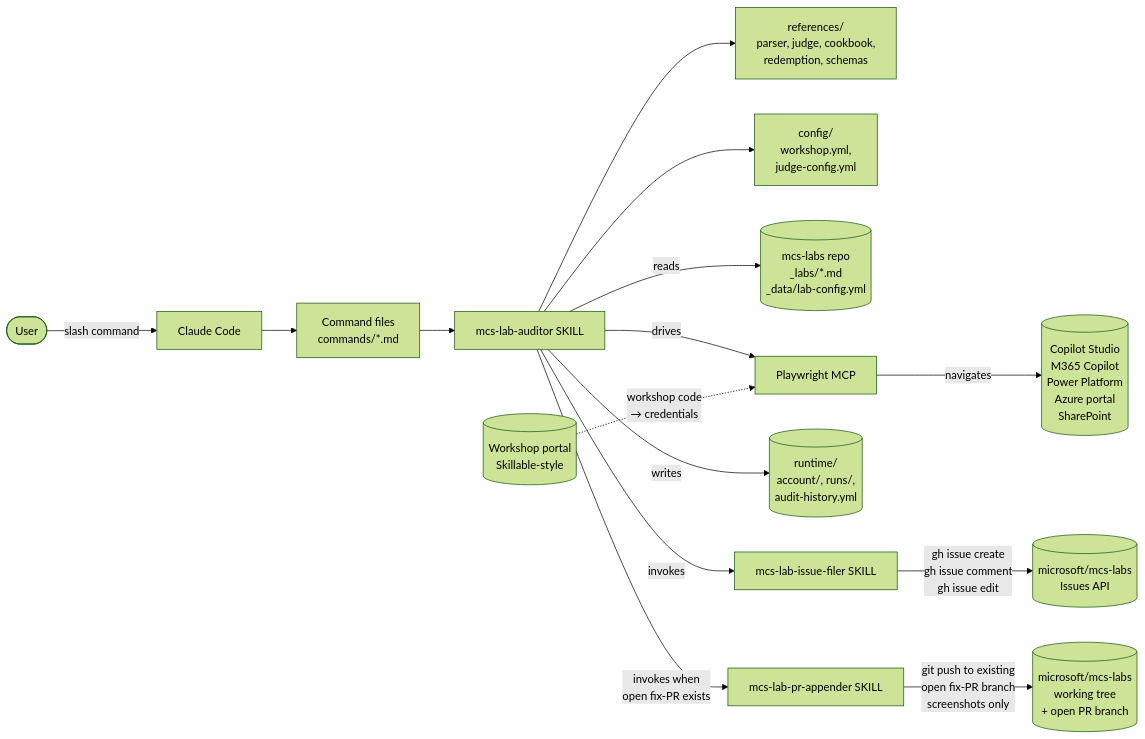
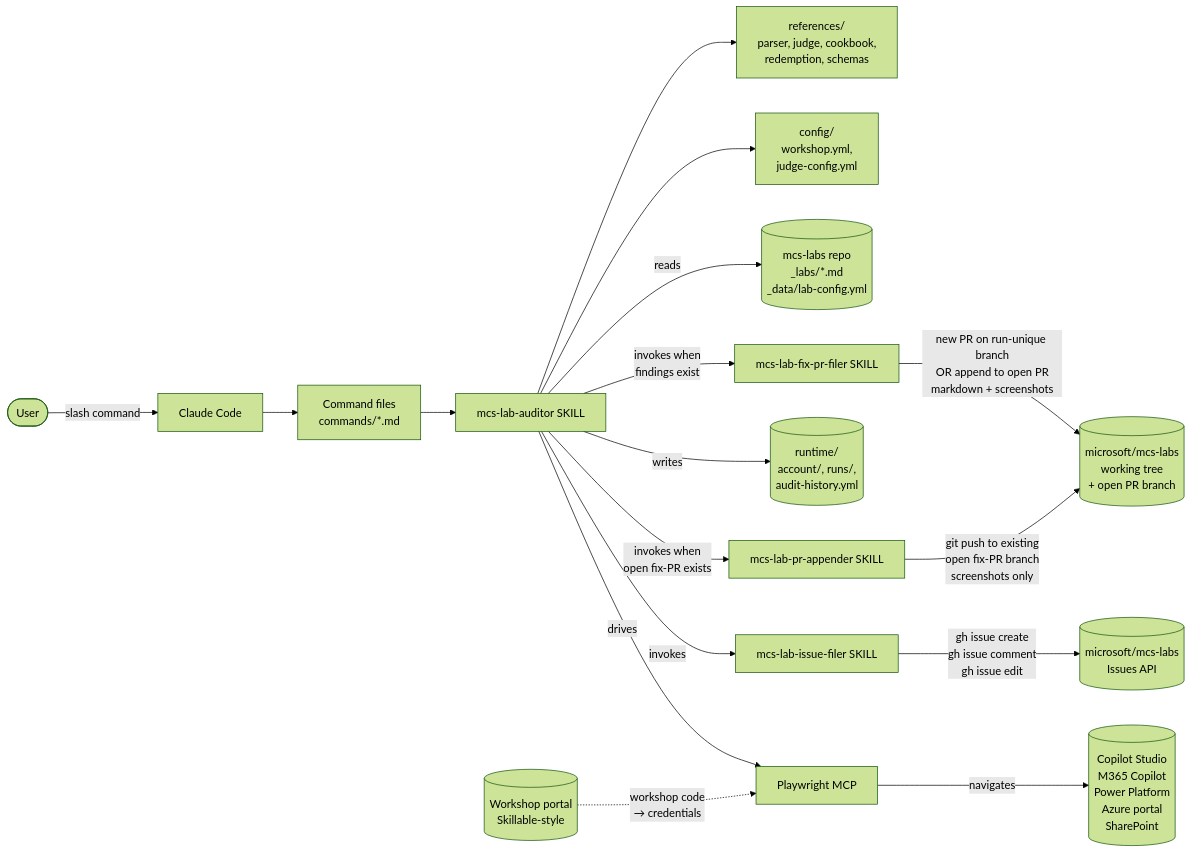
One commit to aprildunnam/AgentAcademyLabTestPlugin changed the first of 5 diagrams in docs/architecture.md. Above: the diagram before and after it, drawn with Mermaid (forest theme). The commit also changed other lines of this file and 10 other files, not shown here.

````diff
--- a/docs/architecture.md
+++ b/docs/architecture.md
@@ -11,17 +11,19 @@
 ```mermaid
 flowchart LR
     User([User]) -->|slash command| CC[Claude Code]
     CC --> Cmd[Command files<br/>commands/*.md]
     Cmd --> Skill[mcs-lab-auditor SKILL]
     Skill --> Refs[references/<br/>parser, judge, cookbook,<br/>redemption, schemas]
     Skill --> Cfg[config/<br/>workshop.yml,<br/>judge-config.yml]
     Skill -->|reads| Labs[(mcs-labs repo<br/>_labs/*.md<br/>_data/lab-config.yml)]
     Skill -->|drives| PW[Playwright MCP]
     PW -->|navigates| Portals[(Copilot Studio<br/>M365 Copilot<br/>Power Platform<br/>Azure portal<br/>SharePoint)]
     Skill -->|writes| Runtime[(runtime/<br/>account/, runs/,<br/>audit-history.yml)]
     Skill -->|invokes| IssueSkill[mcs-lab-issue-filer SKILL]
+    Skill -->|invokes when<br/>findings exist| PRFilerSkill[mcs-lab-fix-pr-filer SKILL]
     Skill -->|invokes when<br/>open fix-PR exists| PRSkill[mcs-lab-pr-appender SKILL]
     IssueSkill -->|gh issue create<br/>gh issue comment<br/>gh issue edit| GH[(microsoft/mcs-labs<br/>Issues API)]
-    PRSkill -->|git push to existing<br/>open fix-PR branch<br/>screenshots only| MCSRepo[(microsoft/mcs-labs<br/>working tree<br/>+ open PR branch)]
+    PRFilerSkill -->|new PR on run-unique branch<br/>OR append to open PR<br/>markdown + screenshots| MCSRepo[(microsoft/mcs-labs<br/>working tree<br/>+ open PR branch)]
+    PRSkill -->|git push to existing<br/>open fix-PR branch<br/>screenshots only| MCSRepo
     Workshop[(Workshop portal<br/>Skillable-style)] -.->|workshop code<br/>→ credentials| PW
 ```
````
